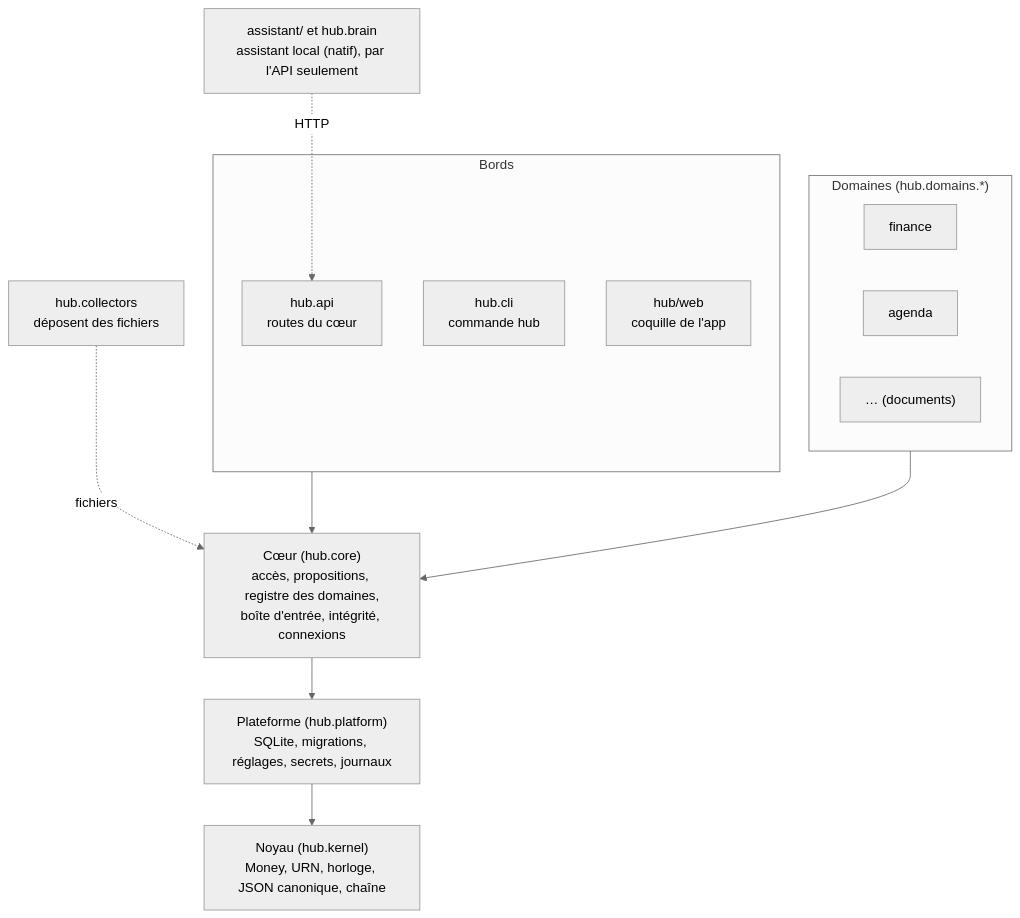
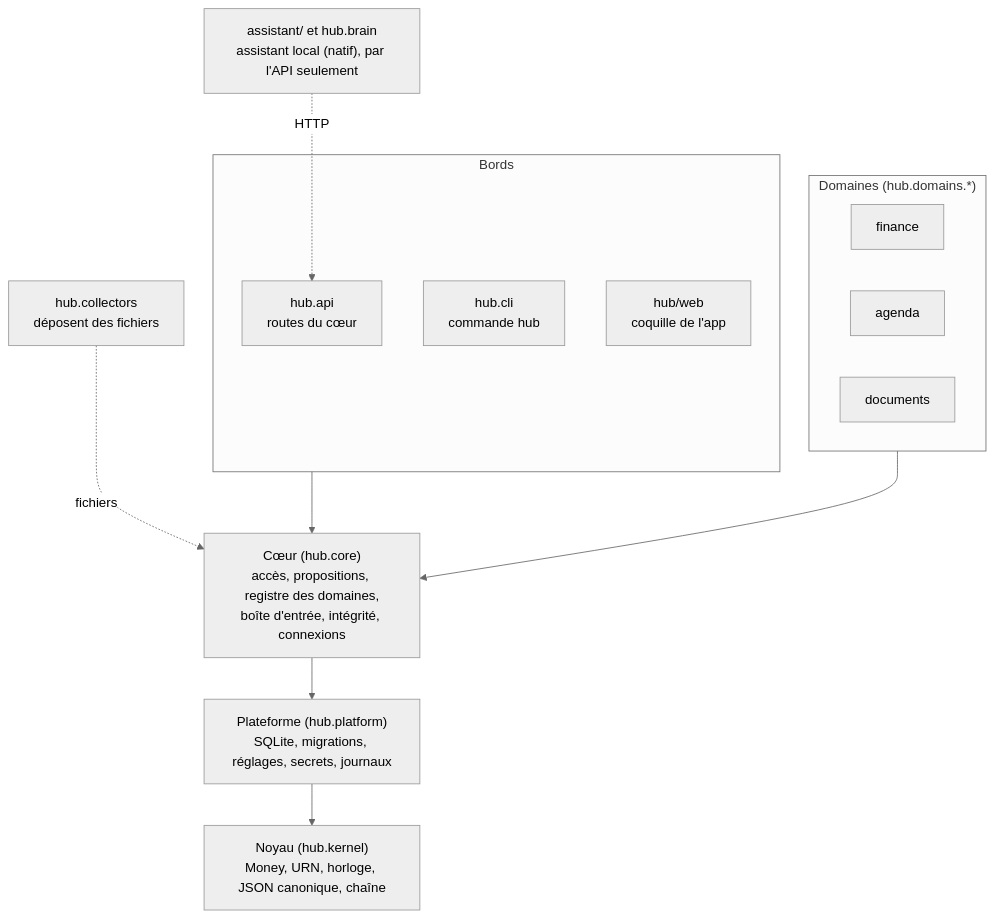
One commit to nayton-corp/personal-hub changed the first of 4 diagrams in docs/architecture.md. Above: the diagram before and after it, drawn with Mermaid (neutral theme). The commit also changed 37 other files, not shown here.

````diff
--- a/docs/architecture.md
+++ b/docs/architecture.md
@@ -10,23 +10,23 @@
 ```mermaid
 flowchart TB
   subgraph bords["Bords"]
     api["hub.api<br/>routes du cœur"]
     cli["hub.cli<br/>commande hub"]
     web["hub/web<br/>coquille de l'app"]
   end
   subgraph domaines["Domaines (hub.domains.*)"]
     finance["finance"]
     agenda["agenda"]
-    autre["… (documents)"]
+    documents["documents"]
   end
   core["Cœur (hub.core)<br/>accès, propositions, registre des domaines,<br/>boîte d'entrée, intégrité, connexions"]
   platform["Plateforme (hub.platform)<br/>SQLite, migrations, réglages, secrets, journaux"]
   kernel["Noyau (hub.kernel)<br/>Money, URN, horloge, JSON canonique, chaîne"]
   collectors["hub.collectors<br/>déposent des fichiers"]
   brain["assistant/ et hub.brain<br/>assistant local (natif), par l'API seulement"]
   bords --> core
   domaines --> core
   core --> platform --> kernel
   collectors -. fichiers .-> core
   brain -. HTTP .-> api
 ```
````
